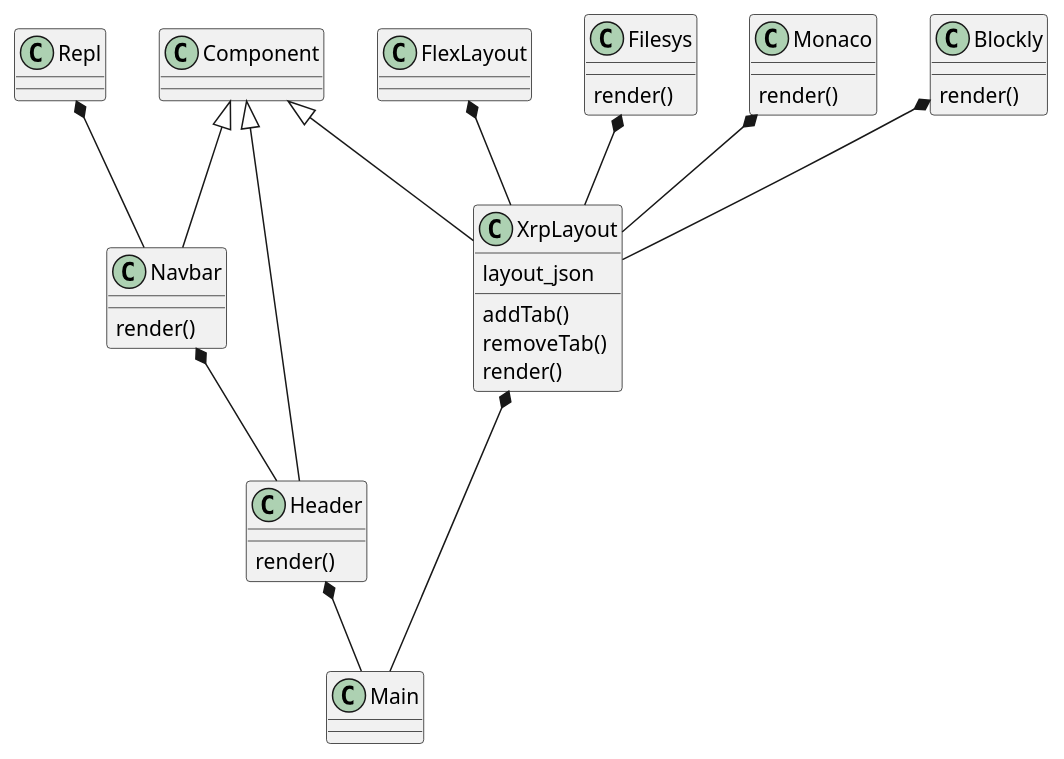
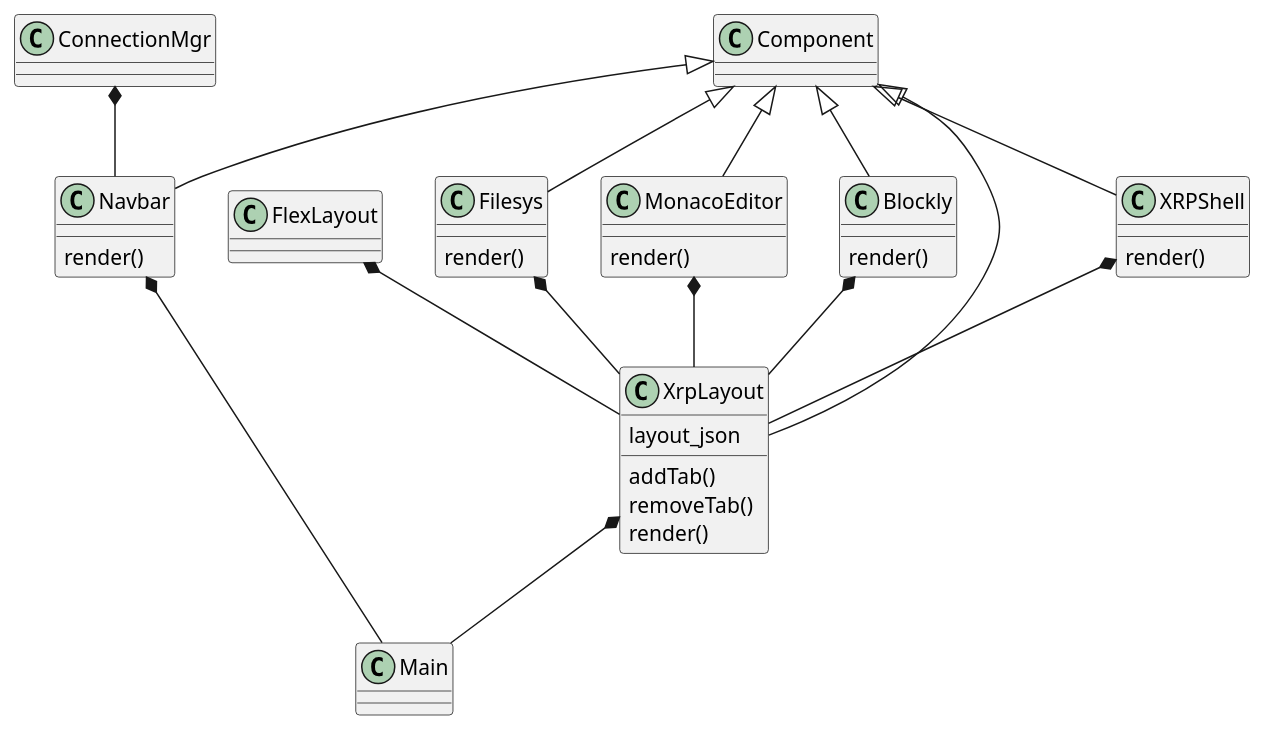
Before and after one commit to Open-STEM/XRPWeb: the sixth of 9 diagrams in docs/XRP Software Architecture.md, drawn with PlantUML. The commit also changed other lines of this file, not shown here.

Commit message:
Updated Class diagram for application objects

````diff
--- a/docs/XRP Software Architecture.md
+++ b/docs/XRP Software Architecture.md
@@ -227,41 +227,44 @@
 ```plantuml
 @startuml
-    class Repl
+    class ConnectionMgr
     class FlexLayout
     class Component
     class Filesys {
         render()
     }
-    class Monaco {
+    class MonacoEditor {
         render()
     }
     class Blockly {
         render()
     }
     class Main
     class XrpLayout {
         layout_json
         addTab()
         removeTab()
         render()
     }
-    class Header {
+    class XRPShell {
         render()
     }
     class Navbar {
         render()
     }
 
-    Component <|-- Header
     Component <|-- Navbar
     Component <|-- XrpLayout
-    Repl *-- Navbar
+    Component <|-- XRPShell
+    Component <|-- Filesys
+    Component <|-- Blockly
+    Component <|-- MonacoEditor
+    ConnectionMgr *-- Navbar
     FlexLayout *-- XrpLayout
-    Monaco *-- XrpLayout
+    MonacoEditor *-- XrpLayout
     Blockly *-- XrpLayout
     Filesys *-- XrpLayout
-    Navbar *-- Header
-    Header *-- Main
+    XRPShell *-- XrpLayout
+    Navbar *-- Main
     XrpLayout *-- Main
 @enduml
 ```
````
